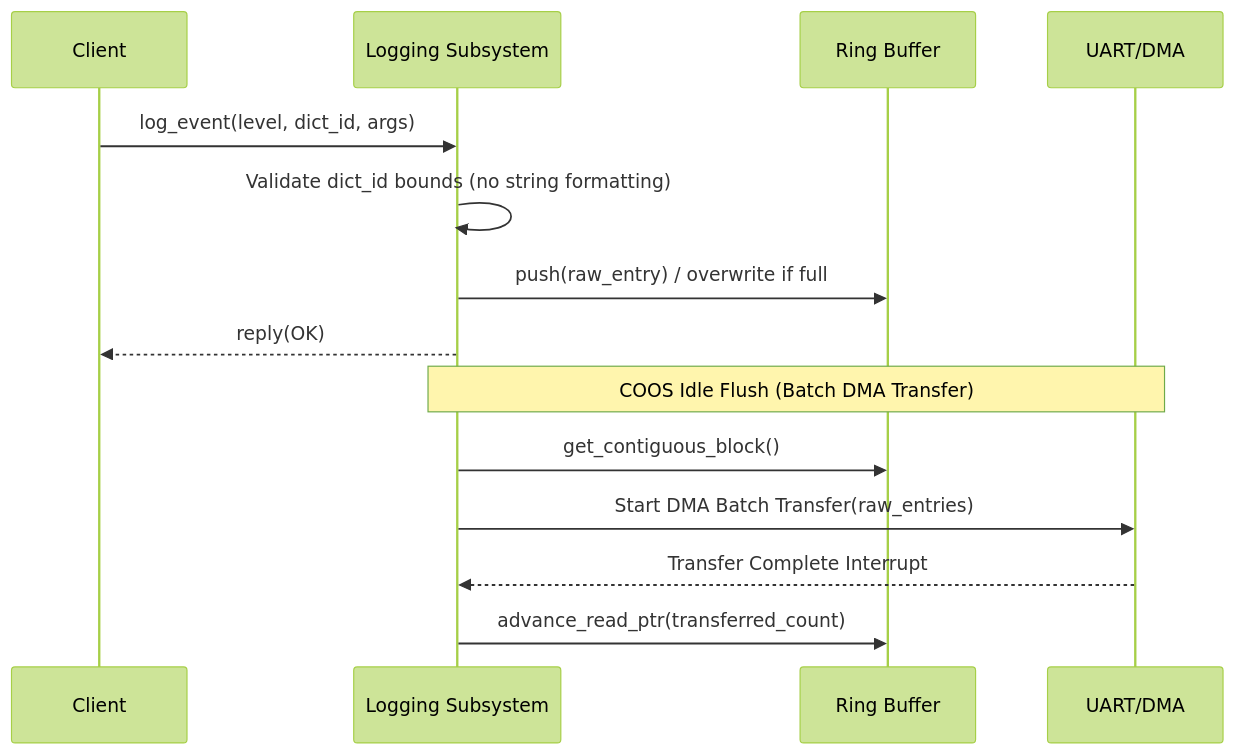
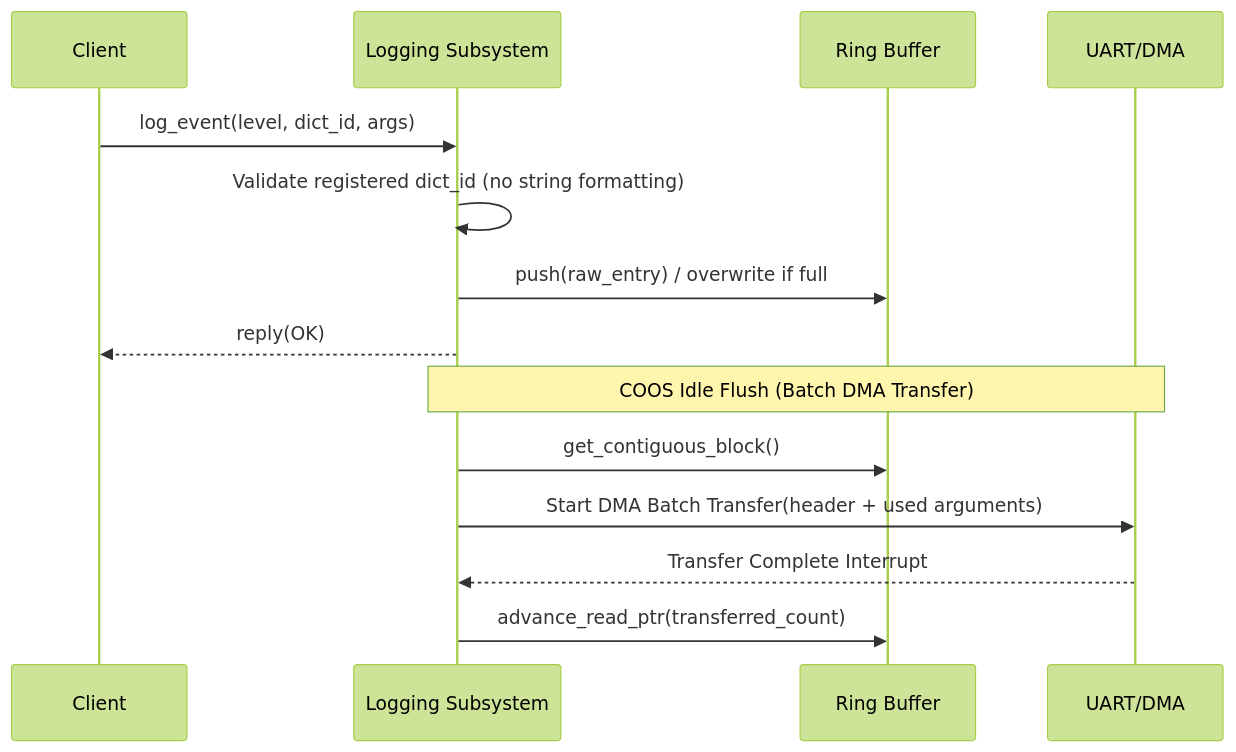
Before and after one commit to kmt-t/fireball: the third of 3 diagrams in docs/components/tier2_runtime/runtime_logging.md, drawn with Mermaid (forest theme). The commit also changed other lines of this file and 9 other files, not shown here.

````diff
--- a/docs/components/tier2_runtime/runtime_logging.md
+++ b/docs/components/tier2_runtime/runtime_logging.md
@@ -160,17 +165,17 @@
 ```mermaid
 sequenceDiagram
     participant C as Client
     participant L as Logging Subsystem
     participant RB as Ring Buffer
     participant HW as UART/DMA
 
     C->>L: log_event(level, dict_id, args)
-    L->>L: Validate dict_id bounds (no string formatting)
+    L->>L: Validate registered dict_id (no string formatting)
     L->>RB: push(raw_entry) / overwrite if full
     L-->>C: reply(OK)
     Note over L,HW: COOS Idle Flush (Batch DMA Transfer)
     L->>RB: get_contiguous_block()
-    L->>HW: Start DMA Batch Transfer(raw_entries)
+    L->>HW: Start DMA Batch Transfer(header + used arguments)
     HW-->>L: Transfer Complete Interrupt
     L->>RB: advance_read_ptr(transferred_count)
 ```
````
